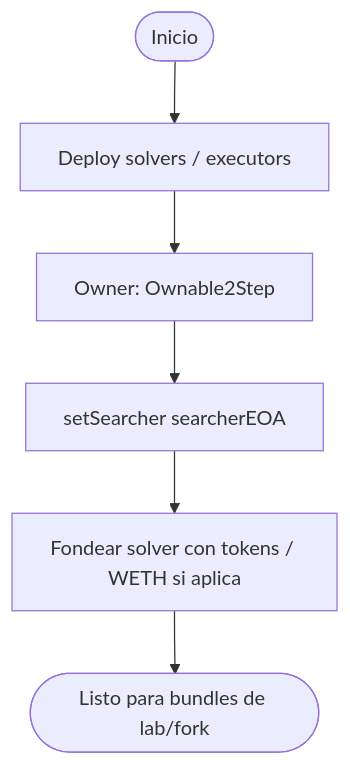
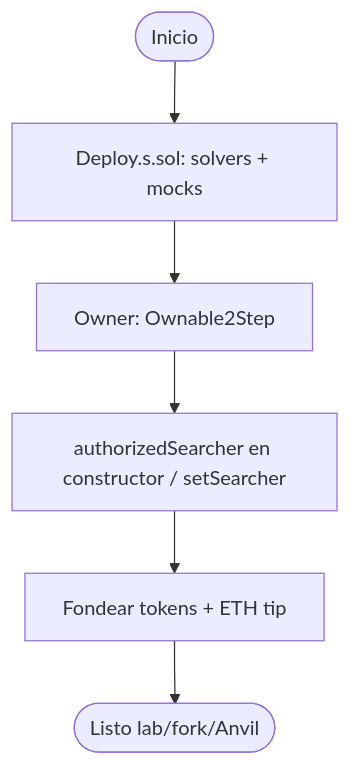
Before and after one commit to rastrahm/mev-hft-infra: the first of 9 diagrams in doc/flujograma.md, drawn with Mermaid. The commit also changed other lines of this file and 5 other files, not shown here.

````diff
--- a/doc/flujograma.md
+++ b/doc/flujograma.md
@@ -21,8 +22,8 @@
 ```mermaid
 flowchart TD
-    Start([Inicio]) --> Dep[Deploy solvers / executors]
+    Start([Inicio]) --> Dep[Deploy.s.sol: solvers + mocks]
     Dep --> Own[Owner: Ownable2Step]
-    Own --> Auth[setSearcher searcherEOA]
-    Auth --> Fund[Fondear solver con tokens / WETH si aplica]
-    Fund --> Ready([Listo para bundles de lab/fork])
+    Own --> Auth[authorizedSearcher en constructor / setSearcher]
+    Auth --> Fund[Fondear tokens + ETH tip]
+    Fund --> Ready([Listo lab/fork/Anvil])
 ```
````
